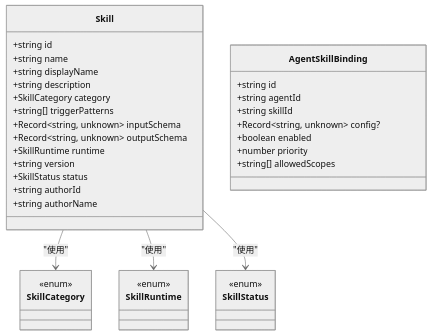
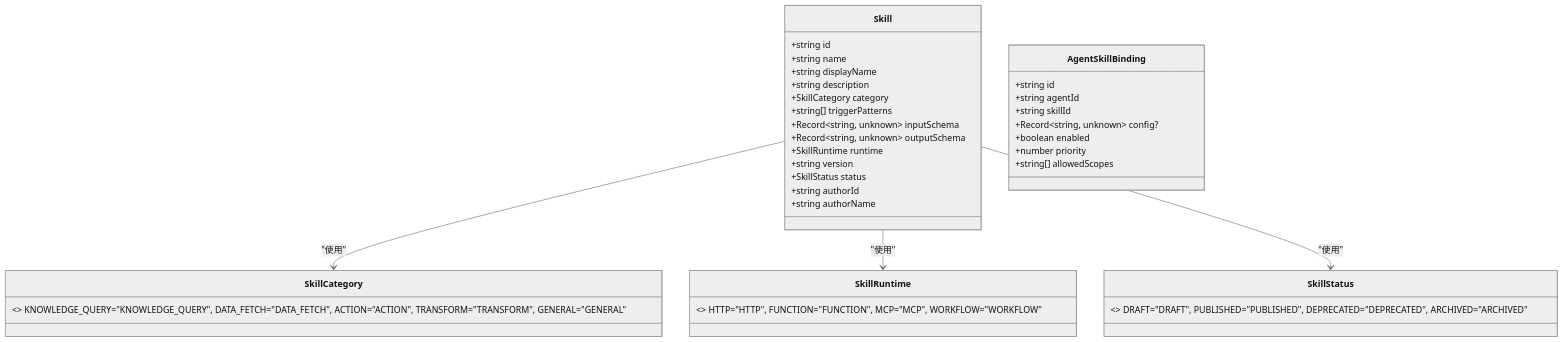
One commit to ai-guru-global/agent-up changed the sixth of 10 diagrams in .qoder/repowiki/zh/content/共享包开发/Shared Types 包.md. Above: the diagram before and after it, drawn with Mermaid (neutral theme). The commit also changed other lines of this file and 57 other files, not shown here.

````diff
--- a/.qoder/repowiki/zh/content/共享包开发/Shared Types 包.md
+++ b/.qoder/repowiki/zh/content/共享包开发/Shared Types 包.md
@@ -307,33 +326,33 @@
 ```mermaid
 classDiagram
 class Skill {
 +string id
 +string name
 +string displayName
 +string description
 +SkillCategory category
 +string[] triggerPatterns
 +Record~string, unknown~ inputSchema
 +Record~string, unknown~ outputSchema
 +SkillRuntime runtime
 +string version
 +SkillStatus status
 +string authorId
 +string authorName
 }
-class SkillCategory { <<enum>> }
-class SkillRuntime { <<enum>> }
-class SkillStatus { <<enum>> }
+class SkillCategory { <<enum>> KNOWLEDGE_QUERY="KNOWLEDGE_QUERY", DATA_FETCH="DATA_FETCH", ACTION="ACTION", TRANSFORM="TRANSFORM", GENERAL="GENERAL" }
+class SkillRuntime { <<enum>> HTTP="HTTP", FUNCTION="FUNCTION", MCP="MCP", WORKFLOW="WORKFLOW" }
+class SkillStatus { <<enum>> DRAFT="DRAFT", PUBLISHED="PUBLISHED", DEPRECATED="DEPRECATED", ARCHIVED="ARCHIVED" }
 class AgentSkillBinding {
 +string id
 +string agentId
 +string skillId
 +Record~string, unknown~ config?
 +boolean enabled
 +number priority
 +string[] allowedScopes
 }
 Skill --> SkillCategory : "使用"
 Skill --> SkillRuntime : "使用"
 Skill --> SkillStatus : "使用"
 ```
````
